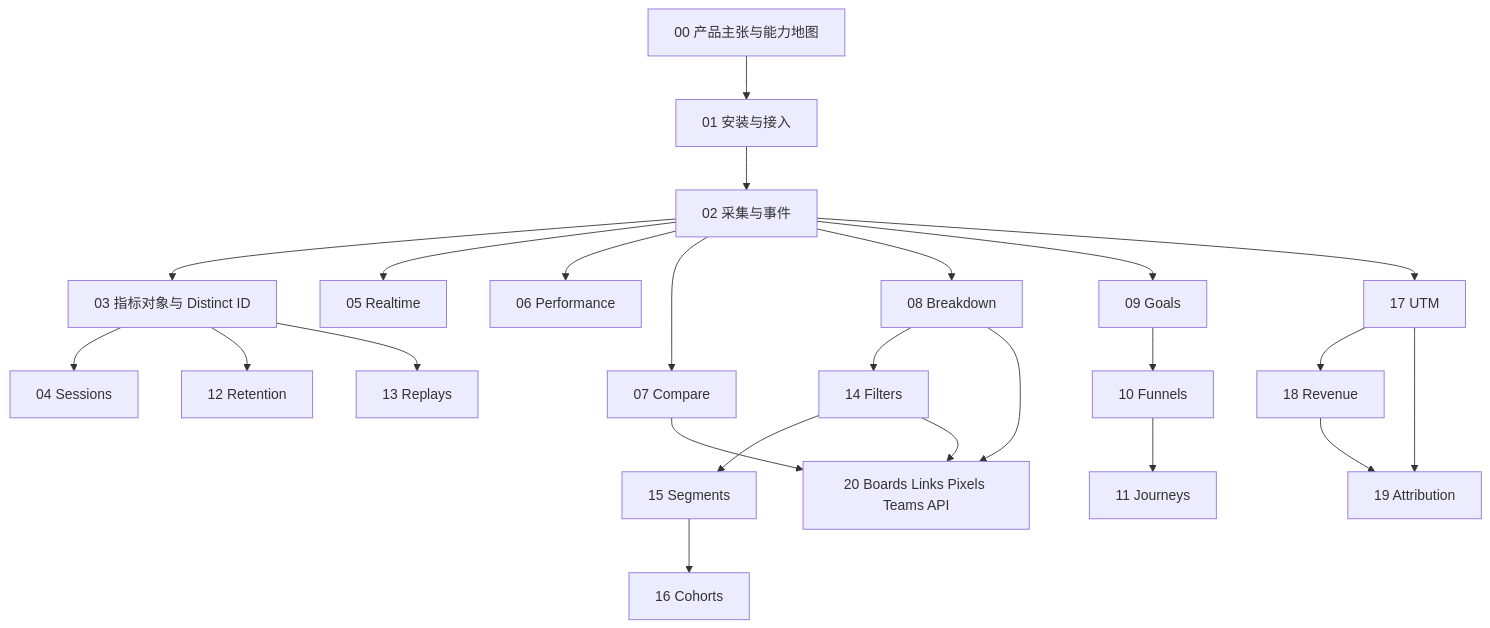
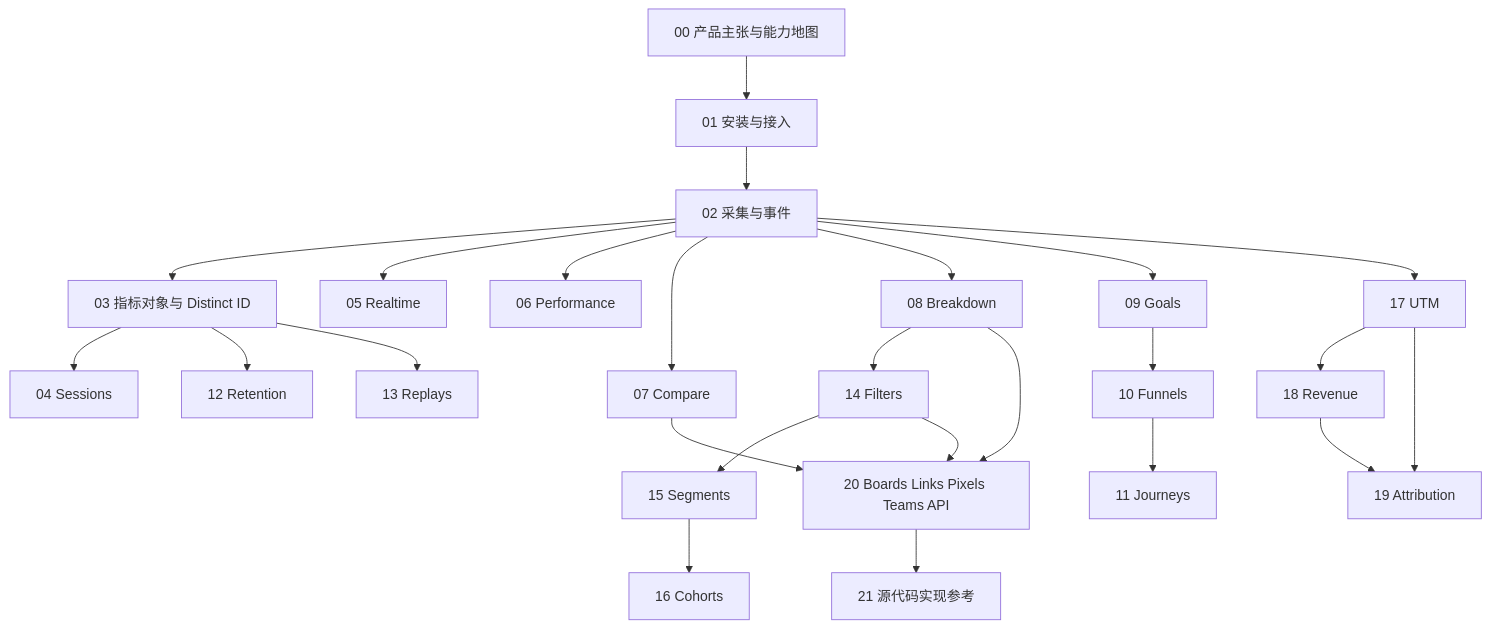
The diagram in simpletrack/docs/umami/docs/README.md (RoggerZ/uba), drawn with Mermaid before and after one commit. The commit also changed other lines of this file and 1437 other files, not shown here.

````diff
--- a/simpletrack/docs/umami/docs/README.md
+++ b/simpletrack/docs/umami/docs/README.md
@@ -33,30 +34,31 @@
 ```mermaid
 graph TD
     A["00 产品主张与能力地图"] --> B["01 安装与接入"]
     B --> C["02 采集与事件"]
     C --> D["03 指标对象与 Distinct ID"]
     D --> E["04 Sessions"]
     C --> F["05 Realtime"]
     C --> G["06 Performance"]
 
     C --> H["07 Compare"]
     C --> I["08 Breakdown"]
     C --> J["09 Goals"]
     J --> K["10 Funnels"]
     K --> L["11 Journeys"]
     D --> M["12 Retention"]
     D --> N["13 Replays"]
 
     I --> O["14 Filters"]
     O --> P["15 Segments"]
     P --> Q["16 Cohorts"]
 
     C --> R["17 UTM"]
     R --> S["18 Revenue"]
     R --> T["19 Attribution"]
     S --> T
 
     H --> U["20 Boards Links Pixels Teams API"]
     I --> U
     O --> U
+    U --> V["21 源代码实现参考"]
 ```
````
